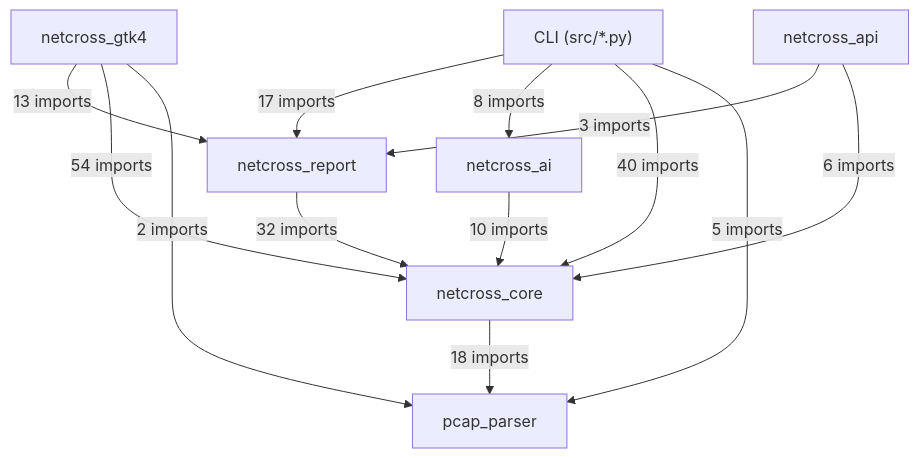
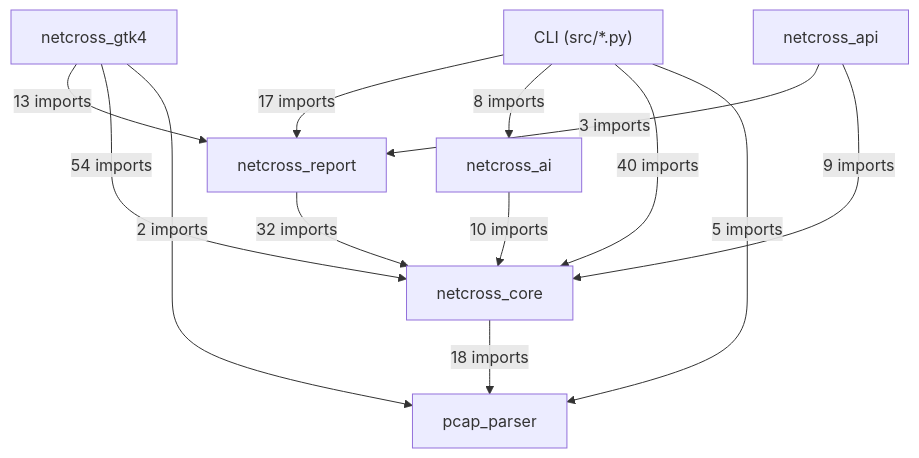
Before and after one commit to Mathide-Team/Netcross: the first of 19 diagrams in docs/class-diagram.md, drawn with Mermaid. The commit also changed other lines of this file and 6 other files, not shown here.

````diff
--- a/docs/class-diagram.md
+++ b/docs/class-diagram.md
@@ -26,22 +26,22 @@
 ```mermaid
 flowchart TD
     CLI["CLI (src/*.py)"]
     netcross_gtk4["netcross_gtk4"]
     netcross_api["netcross_api"]
     netcross_report["netcross_report"]
     netcross_ai["netcross_ai"]
     netcross_core["netcross_core"]
     pcap_parser["pcap_parser"]
     CLI -->|"17 imports"| netcross_report
     CLI -->|"8 imports"| netcross_ai
     CLI -->|"40 imports"| netcross_core
     CLI -->|"5 imports"| pcap_parser
     netcross_gtk4 -->|"13 imports"| netcross_report
     netcross_gtk4 -->|"54 imports"| netcross_core
     netcross_gtk4 -->|"2 imports"| pcap_parser
     netcross_api -->|"3 imports"| netcross_report
-    netcross_api -->|"6 imports"| netcross_core
+    netcross_api -->|"9 imports"| netcross_core
     netcross_report -->|"32 imports"| netcross_core
     netcross_ai -->|"10 imports"| netcross_core
     netcross_core -->|"18 imports"| pcap_parser
 ```
````
